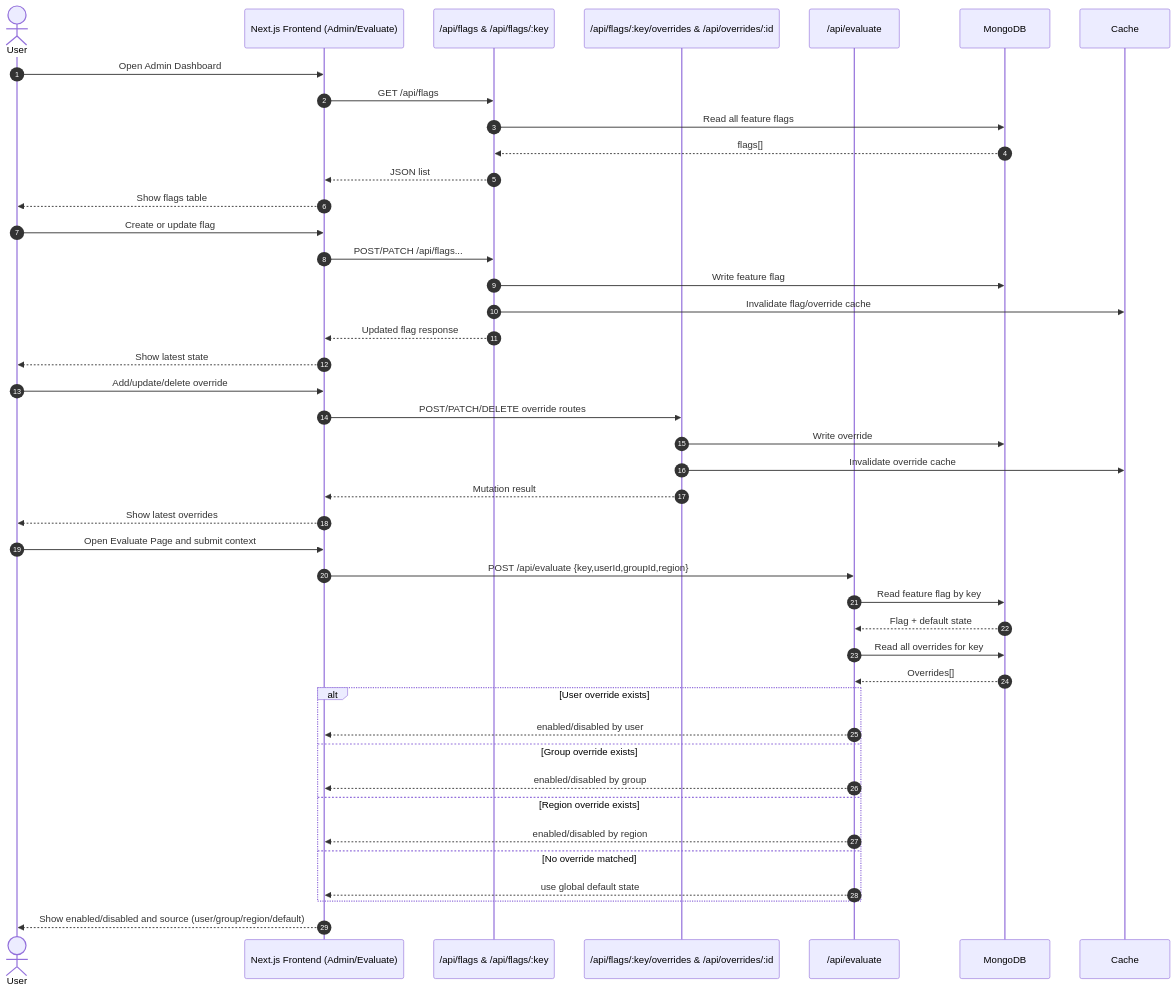
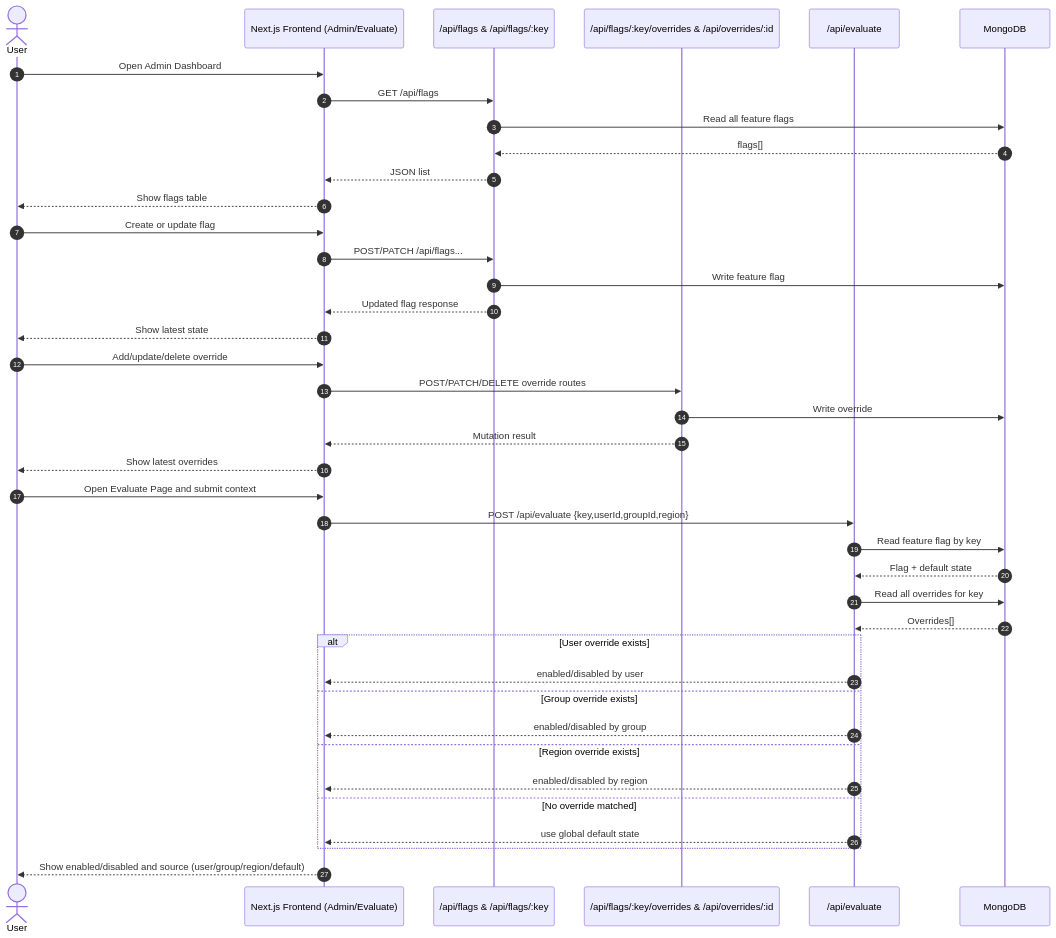
The diagram in README.md (shaffanmohd99/everest), drawn with Mermaid before and after one commit. The commit also changed other lines of this file, not shown here.

````diff
--- a/README.md
+++ b/README.md
@@ -171,48 +171,46 @@
 ```mermaid
 sequenceDiagram
     autonumber
     actor User
     participant FE as Next.js Frontend (Admin/Evaluate)
     participant FlagsAPI as /api/flags & /api/flags/:key
     participant OverridesAPI as /api/flags/:key/overrides & /api/overrides/:id
     participant EvalAPI as /api/evaluate
     participant DB as MongoDB
 
     User->>FE: Open Admin Dashboard
     FE->>FlagsAPI: GET /api/flags
     FlagsAPI->>DB: Read all feature flags
     DB-->>FlagsAPI: flags[]
     FlagsAPI-->>FE: JSON list
     FE-->>User: Show flags table
 
     User->>FE: Create or update flag
     FE->>FlagsAPI: POST/PATCH /api/flags...
     FlagsAPI->>DB: Write feature flag
-    FlagsAPI->>Cache: Invalidate flag/override cache
     FlagsAPI-->>FE: Updated flag response
     FE-->>User: Show latest state
 
     User->>FE: Add/update/delete override
     FE->>OverridesAPI: POST/PATCH/DELETE override routes
     OverridesAPI->>DB: Write override
-    OverridesAPI->>Cache: Invalidate override cache
     OverridesAPI-->>FE: Mutation result
     FE-->>User: Show latest overrides
 
     User->>FE: Open Evaluate Page and submit context
     FE->>EvalAPI: POST /api/evaluate {key,userId,groupId,region}
     EvalAPI->>DB: Read feature flag by key
     DB-->>EvalAPI: Flag + default state
     EvalAPI->>DB: Read all overrides for key
     DB-->>EvalAPI: Overrides[]
     alt User override exists
       EvalAPI-->>FE: enabled/disabled by user
     else Group override exists
       EvalAPI-->>FE: enabled/disabled by group
     else Region override exists
       EvalAPI-->>FE: enabled/disabled by region
     else No override matched
       EvalAPI-->>FE: use global default state
     end
     FE-->>User: Show enabled/disabled and source (user/group/region/default)
 ```
````
